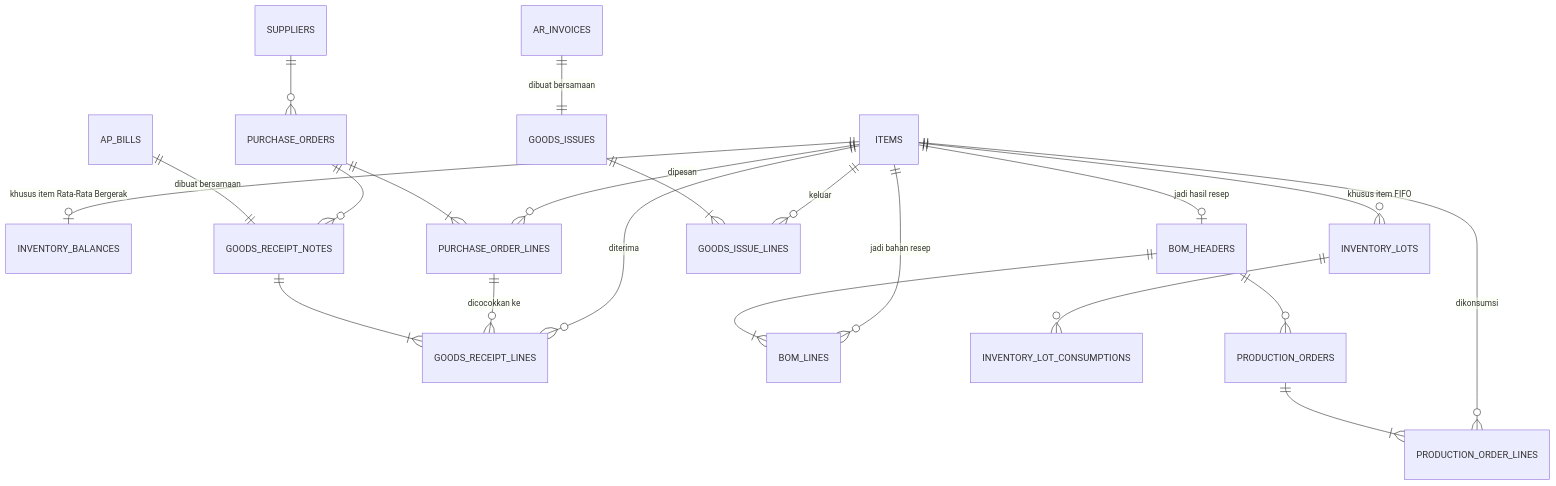
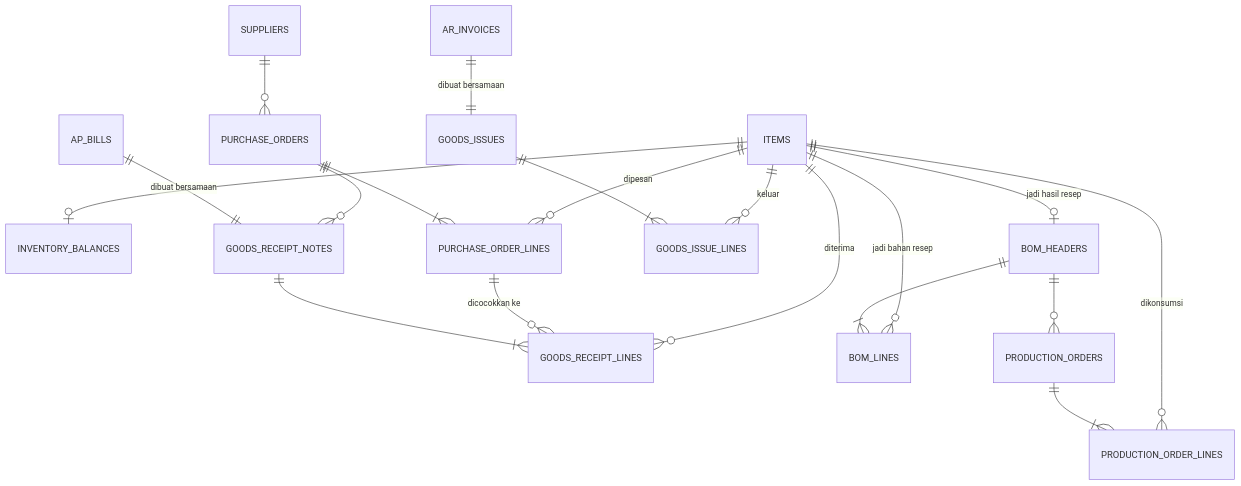
The diagram in docs/architecture/inventory-schema.md (coretifyauth/Marinda-Galery-Plastik), drawn with Mermaid before and after one commit. The commit also changed other lines of this file and 30 other files, not shown here.

````diff
--- a/docs/architecture/inventory-schema.md
+++ b/docs/architecture/inventory-schema.md
@@ -7,29 +9,26 @@
 ```mermaid
 erDiagram
-  ITEMS ||--o| INVENTORY_BALANCES : "khusus item Rata-Rata Bergerak"
-  ITEMS ||--o{ INVENTORY_LOTS : "khusus item FIFO"
+  ITEMS ||--o| INVENTORY_BALANCES : ""
   ITEMS ||--o{ PURCHASE_ORDER_LINES : dipesan
   ITEMS ||--o{ GOODS_RECEIPT_LINES : diterima
   ITEMS ||--o{ BOM_LINES : "jadi bahan resep"
   ITEMS ||--o| BOM_HEADERS : "jadi hasil resep"
   ITEMS ||--o{ PRODUCTION_ORDER_LINES : dikonsumsi
   ITEMS ||--o{ GOODS_ISSUE_LINES : keluar
 
   SUPPLIERS ||--o{ PURCHASE_ORDERS : ""
 
   PURCHASE_ORDERS ||--|{ PURCHASE_ORDER_LINES : ""
   PURCHASE_ORDERS ||--o{ GOODS_RECEIPT_NOTES : ""
   PURCHASE_ORDER_LINES ||--o{ GOODS_RECEIPT_LINES : "dicocokkan ke"
 
   AP_BILLS ||--|| GOODS_RECEIPT_NOTES : "dibuat bersamaan"
   GOODS_RECEIPT_NOTES ||--|{ GOODS_RECEIPT_LINES : ""
 
-  INVENTORY_LOTS ||--o{ INVENTORY_LOT_CONSUMPTIONS : ""
-
   BOM_HEADERS ||--|{ BOM_LINES : ""
   BOM_HEADERS ||--o{ PRODUCTION_ORDERS : ""
   PRODUCTION_ORDERS ||--|{ PRODUCTION_ORDER_LINES : ""
 
   AR_INVOICES ||--|| GOODS_ISSUES : "dibuat bersamaan"
   GOODS_ISSUES ||--|{ GOODS_ISSUE_LINES : ""
 ```
````
